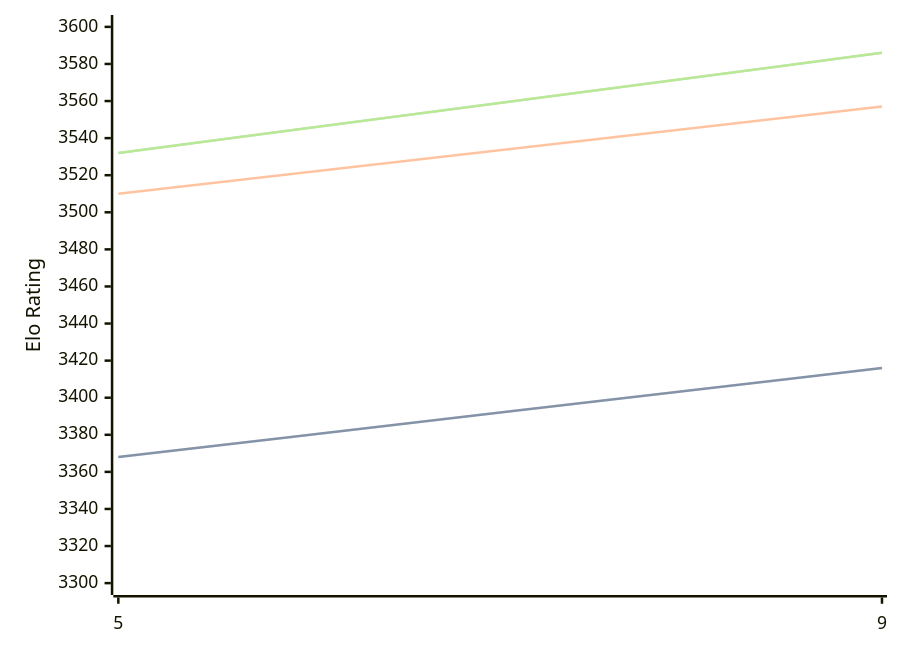
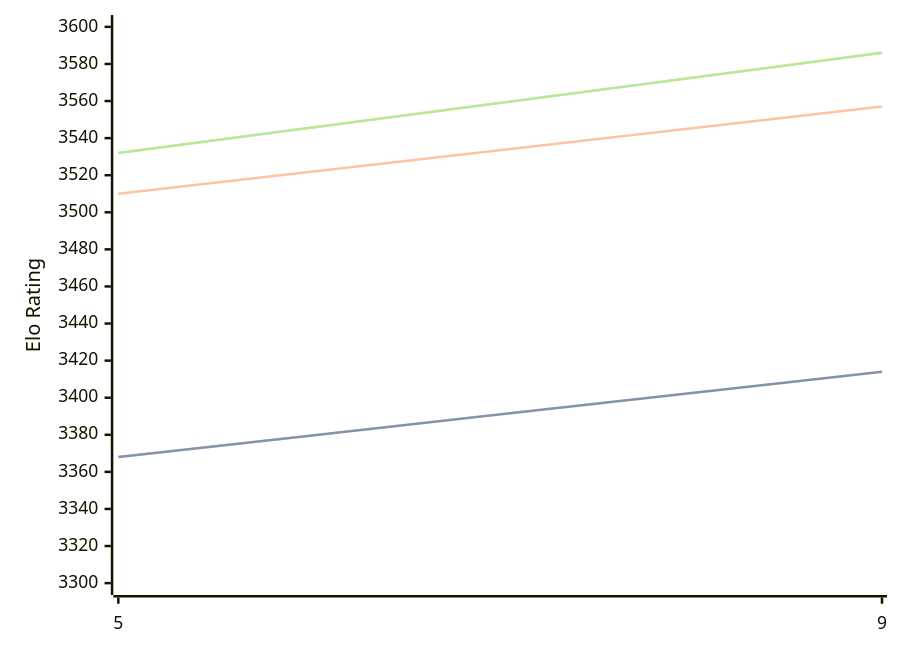
The diagram in engines/Crystal.md (computer-chess-index/cci), drawn with Mermaid before and after one commit. The commit also changed other lines of this file, not shown here.

````diff
--- a/engines/Crystal.md
+++ b/engines/Crystal.md
@@ -60,11 +60,11 @@
 ```mermaid
 %%{init: {"theme":"base","themeVariables":{"seriesColors:['#a3a3a3','#222221','#faa371']}}}%%
 xychart-beta
   x-axis ["5", "9"]
   y-axis "Elo Rating" 3300 --> 3600
-  line "STC (8.0+0.08s)" [3368, 3416]
-  line "STC (8.0+0.08s)" [3368, 3416]
+  line "STC (8.0+0.08s)" [3368, 3414]
+  line "STC (8.0+0.08s)" [3368, 3414]
   line "LTC (60.0+0.60s)" [3510, 3557]
   line "VLTC (2m24s+1.12s)" [3532, 3586]
   line "VLTC (2m24s+1.12s)" [3532, 3586]
 ```
````
